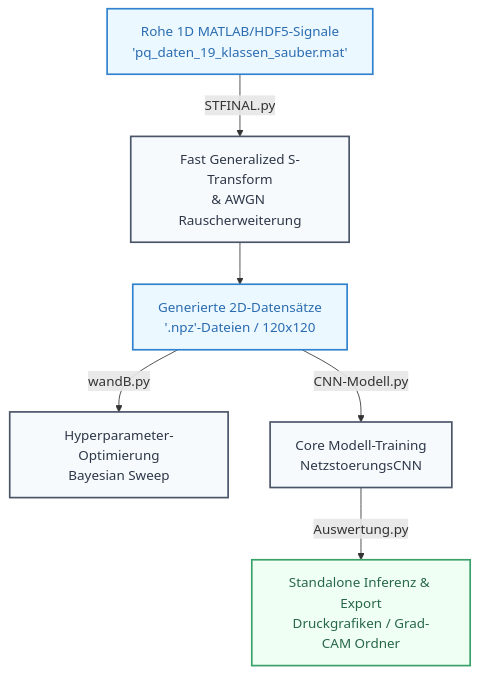
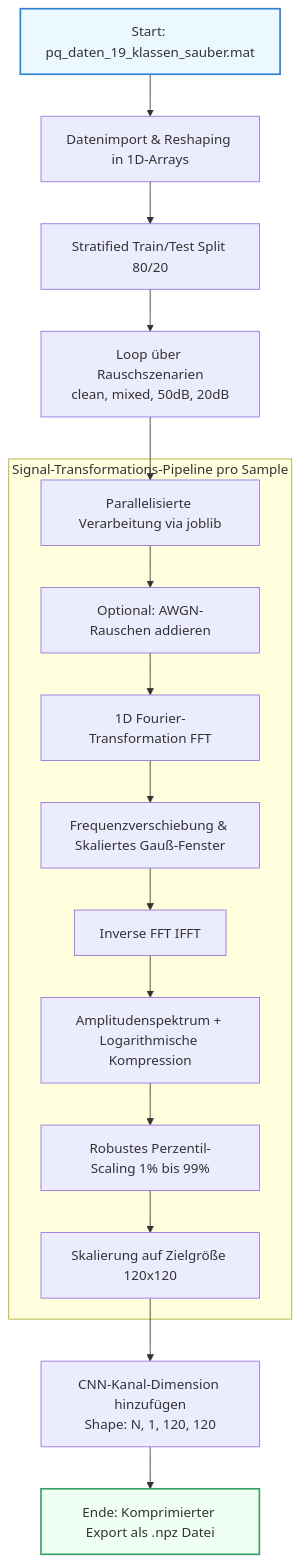
The first of 4 diagrams in README.md (ammo96/pandapower-test), drawn with Mermaid before and after one commit. The commit also changed other lines of this file, not shown here.

````diff
--- a/README.md
+++ b/README.md
@@ -11,26 +48,24 @@
 ```mermaid
-    graph TD
-        %% Nodes
-        A[Rohe 1D MATLAB/HDF5-Signale<br/>'pq_daten_19_klassen_sauber.mat'] 
-        B[Fast Generalized S-Transform<br/>& AWGN Rauscherweiterung]
-        C[Generierte 2D-Datensätze<br/>'.npz'-Dateien / 120x120]
-        D[Hyperparameter-Optimierung<br/>Bayesian Sweep]
-        E[Core Modell-Training<br/>NetzstoerungsCNN]
-        F[Standalone Inferenz & Export<br/>Druckgrafiken / Grad-CAM Ordner]
+graph TD
+    A[Start: pq_daten_19_klassen_sauber.mat] --> B[Datenimport & Reshaping in 1D-Arrays]
+    B --> C[Stratified Train/Test Split 80/20]
+    C --> D[Loop über Rauschszenarien<br/>clean, mixed, 50dB, 20dB]
+    D --> E[Parallelisierte Verarbeitung via joblib]
     
-        %% Pipeline Flow
-        A -->|STFINAL.py| B
-        B --> C
-        C -->|wandB.py| D
-        C -->|CNN-Modell.py| E
-        E -->|Auswertung.py| F
-    
-        %% Styling
-        classDef process fill:#f7fafc,stroke:#4a5568,stroke-width:2px,color:#2d3748;
-        classDef data fill:#ebf8ff,stroke:#3182ce,stroke-width:2px,color:#2b6cb0;
-        classDef output fill:#f0fff4,stroke:#38a169,stroke-width:2px,color:#276749;
-        
-        class A,C data;
-        class B,D,E process;
-        class F output;
+    subgraph Signal-Transformations-Pipeline pro Sample
+        E --> F[Optional: AWGN-Rauschen addieren]
+        F --> G[1D Fourier-Transformation FFT]
+        G --> H[Frequenzverschiebung & Skaliertes Gauß-Fenster]
+        H --> I[Inverse FFT IFFT]
+        I --> J[Amplitudenspektrum + Logarithmische Kompression]
+        J --> K[Robustes Perzentil-Scaling 1% bis 99%]
+        K --> L[Skalierung auf Zielgröße 120x120]
+    end
+
+    L --> M[CNN-Kanal-Dimension hinzufügen<br/>Shape: N, 1, 120, 120]
+    M --> N[Ende: Komprimierter Export als .npz Datei]
+
+    style A fill:#ebf8ff,stroke:#3182ce,stroke-width:2px
+    style N fill:#f0fff4,stroke:#38a169,stroke-width:2px
+
 ```
````
